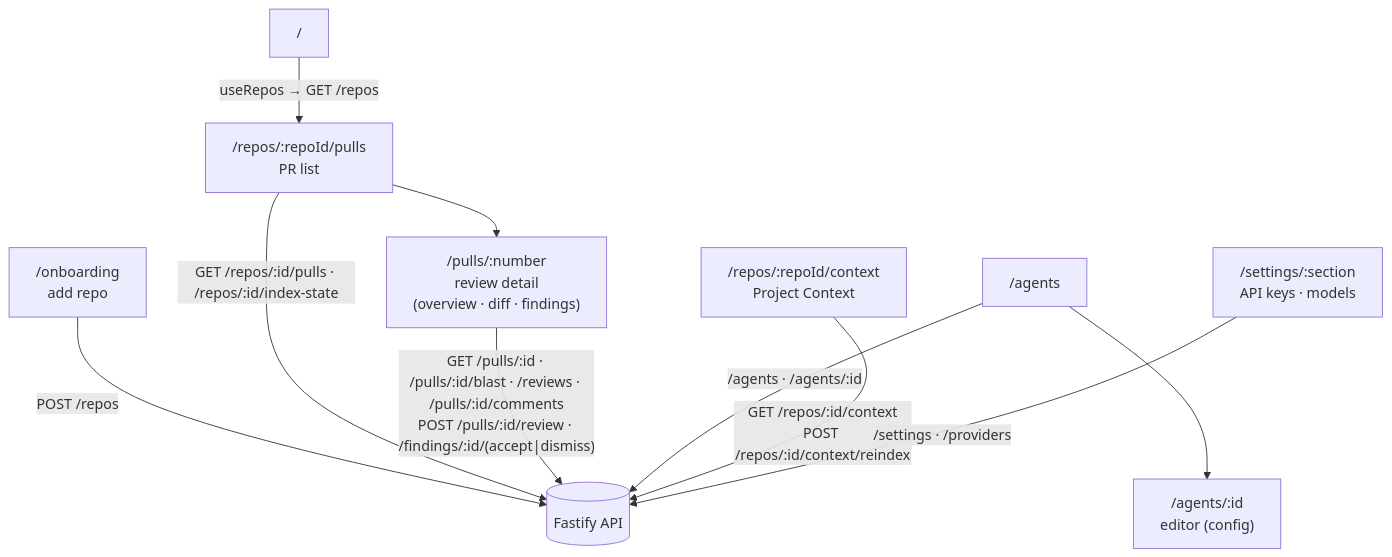
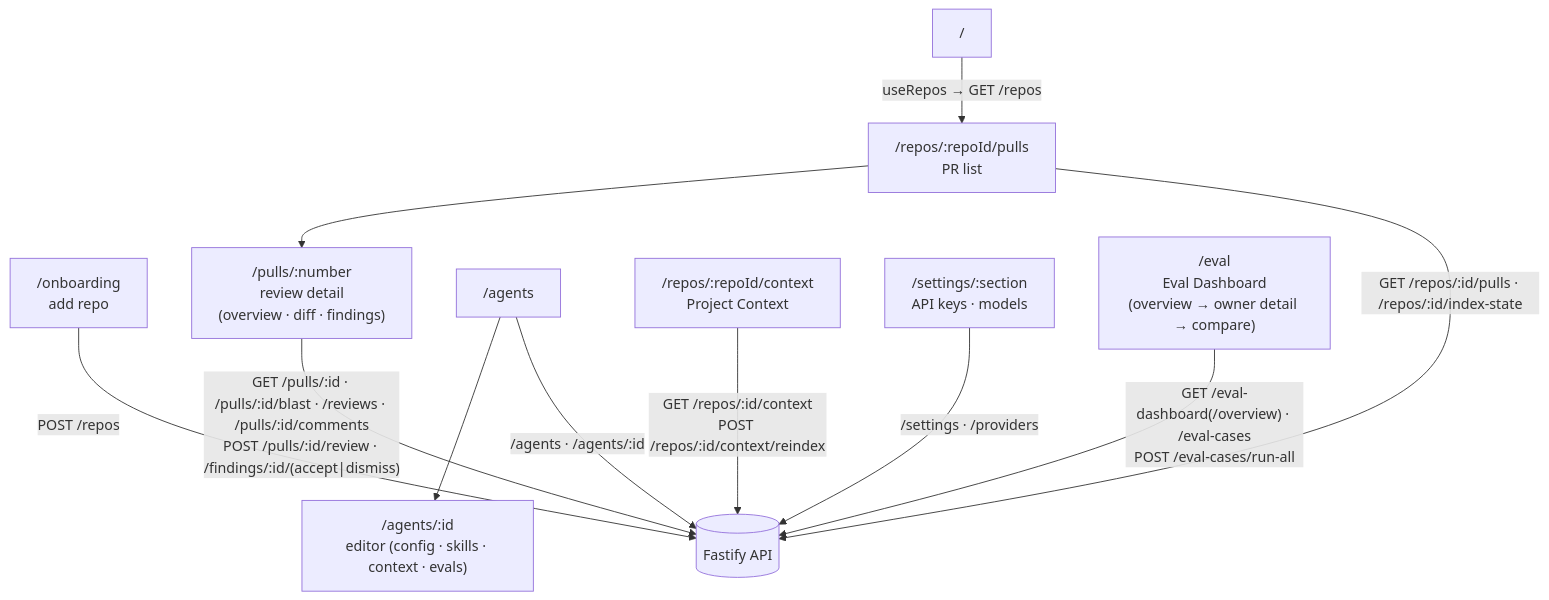
The diagram in client/README.md (tetiana-taranushchenko/dev-digest), drawn with Mermaid before and after one commit. The commit also changed other lines of this file and 88 other files, not shown here.

````diff
--- a/client/README.md
+++ b/client/README.md
@@ -24,16 +24,18 @@
 ```mermaid
 flowchart TD
   ROOT["/"] -->|"useRepos → GET /repos"| PULLS["/repos/:repoId/pulls<br/>PR list"]
   ONB["/onboarding<br/>add repo"] -->|"POST /repos"| API[("Fastify API")]
   PULLS --> PR["/pulls/:number<br/>review detail<br/>(overview · diff · findings)"]
 
-  AGENTS["/agents"] --> AGENT["/agents/:id<br/>editor (config)"]
+  AGENTS["/agents"] --> AGENT["/agents/:id<br/>editor (config · skills · context · evals)"]
   CONTEXT["/repos/:repoId/context<br/>Project Context"]
   SETTINGS["/settings/:section<br/>API keys · models"]
+  EVAL["/eval<br/>Eval Dashboard<br/>(overview → owner detail → compare)"]
 
   PULLS -->|"GET /repos/:id/pulls · /repos/:id/index-state"| API
   PR -->|"GET /pulls/:id · /pulls/:id/blast · /reviews · /pulls/:id/comments<br/>POST /pulls/:id/review · /findings/:id/(accept|dismiss)"| API
   AGENTS -->|"/agents · /agents/:id"| API
   CONTEXT -->|"GET /repos/:id/context<br/>POST /repos/:id/context/reindex"| API
   SETTINGS -->|"/settings · /providers"| API
+  EVAL -->|"GET /eval-dashboard(/overview) · /eval-cases<br/>POST /eval-cases/run-all"| API
 ```
````
